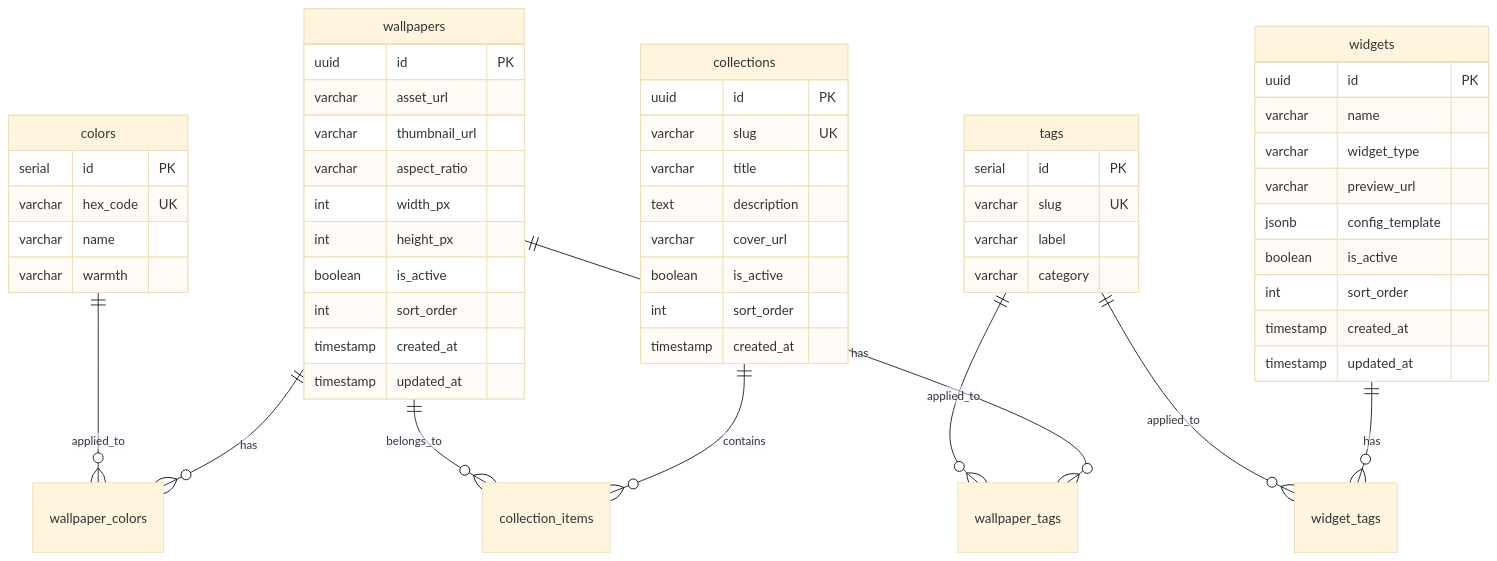
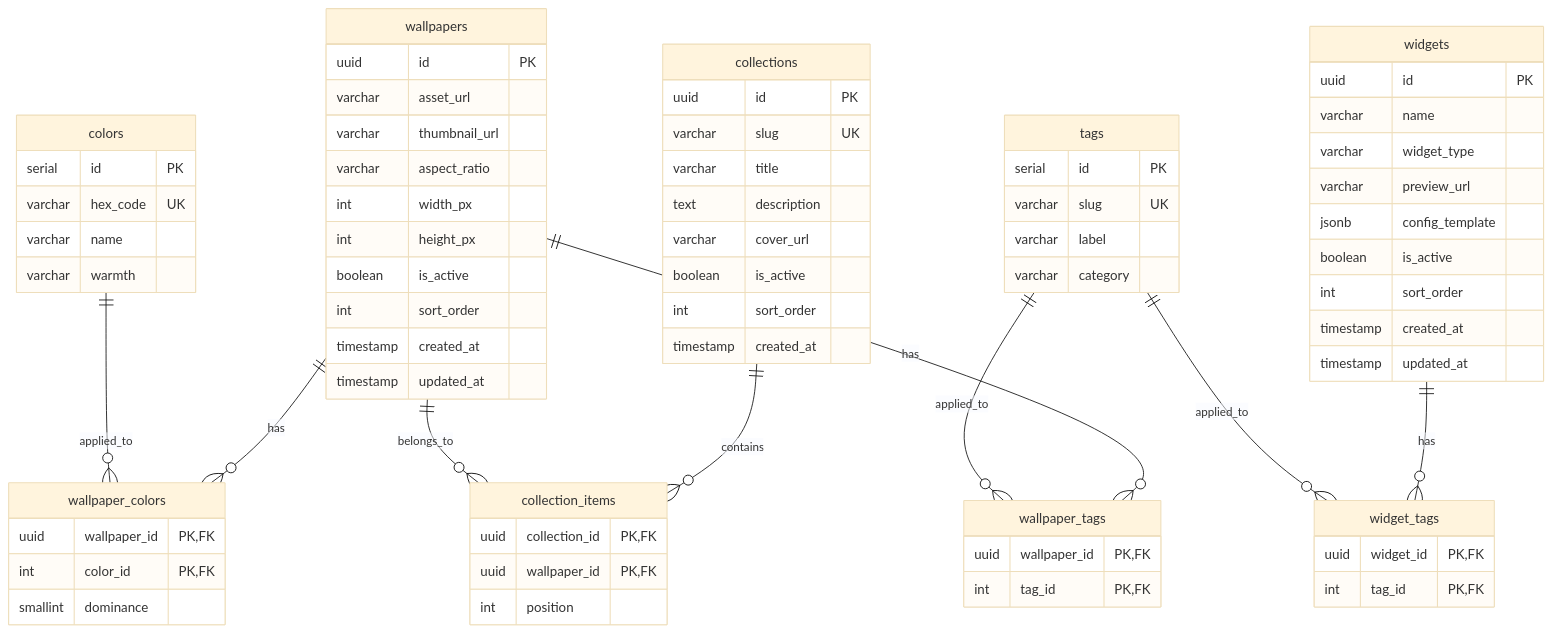
One commit to Tommyphinger/Savile changed the third of 4 diagrams in schema_plan.md. Above: the diagram before and after it, drawn with Mermaid (base theme). The commit also changed other lines of this file, not shown here.

Commit message:
fix: remove emoji from Use Case Diagram (GitHub render issue) and add join table entities to ERD

````diff
--- a/schema_plan.md
+++ b/schema_plan.md
@@ -107,6 +107,17 @@
         timestamp updated_at
     }
 
+    wallpaper_tags {
+        uuid wallpaper_id PK, FK
+        int tag_id PK, FK
+    }
+
+    wallpaper_colors {
+        uuid wallpaper_id PK, FK
+        int color_id PK, FK
+        smallint dominance
+    }
+
     widgets {
         uuid id PK
         varchar name
@@ -117,6 +128,11 @@
         int sort_order
         timestamp created_at
         timestamp updated_at
+    }
+
+    widget_tags {
+        uuid widget_id PK, FK
+        int tag_id PK, FK
     }
 
     tags {
@@ -143,4 +159,10 @@
         int sort_order
         timestamp created_at
     }
+
+    collection_items {
+        uuid collection_id PK, FK
+        uuid wallpaper_id PK, FK
+        int position
+    }
 ```
````
